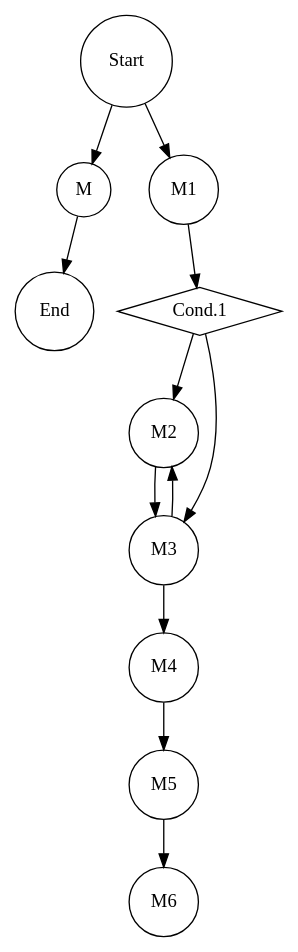
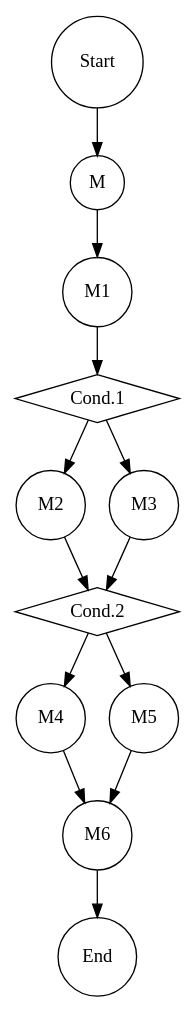
One commit to yonghun8343/FuncWatch changed the diagram in output.dot. Above: the diagram before and after it, drawn with Graphviz. The commit also changed 5 other files, not shown here.

```diff
--- a/output.dot
+++ b/output.dot
@@ -1,23 +1,25 @@
 strict digraph {
-  "global:Start" [label=Start,shape=circle,type=EntryPoint,scope=global]
   "global:M" [label=M,shape=circle,type=FunctionDeclaration,scope=global]
   "M:Cond.1" [label="Cond.1",shape=diamond,type=Condition,scope=M]
+  "M:Cond.2" [label="Cond.2",shape=diamond,type=Condition,scope=M]
   "global:M1" [label=M1,shape=circle,type=FunctionDeclaration,scope=global]
   "global:M2" [label=M2,shape=circle,type=FunctionDeclaration,scope=global]
   "global:M3" [label=M3,shape=circle,type=FunctionDeclaration,scope=global]
   "global:M4" [label=M4,shape=circle,type=FunctionDeclaration,scope=global]
   "global:M5" [label=M5,shape=circle,type=FunctionDeclaration,scope=global]
   "global:M6" [label=M6,shape=circle,type=FunctionDeclaration,scope=global]
+  "global:Start" [label=Start,shape=circle,type=EntryPoint,scope=global]
   "global:End" [label=End,shape=circle,type=ExitPoint,scope=global]
-  "global:Start" -> "global:M1" [type=call]
+  "global:M" -> "global:M1" [type=control]
   "global:M1" -> "M:Cond.1" [type=control]
-  "M:Cond.1" -> "global:M2" [type=call]
-  "M:Cond.1" -> "global:M3" [type=call]
-  "global:M3" -> "global:M2" [type=call]
-  "global:M2" -> "global:M3" [type=call]
-  "global:M3" -> "global:M4" [type=call]
-  "global:M4" -> "global:M5" [type=call]
-  "global:M5" -> "global:M6" [type=call]
+  "M:Cond.1" -> "global:M2" [type=control]
+  "M:Cond.1" -> "global:M3" [type=control]
+  "global:M3" -> "M:Cond.2" [type=control]
+  "global:M2" -> "M:Cond.2" [type=control]
+  "M:Cond.2" -> "global:M4" [type=control]
+  "M:Cond.2" -> "global:M5" [type=control]
+  "global:M5" -> "global:M6" [type=control]
+  "global:M4" -> "global:M6" [type=control]
   "global:Start" -> "global:M" [type=call]
-  "global:M" -> "global:End" [type=control]
+  "global:M6" -> "global:End" [type=control]
 }
```
